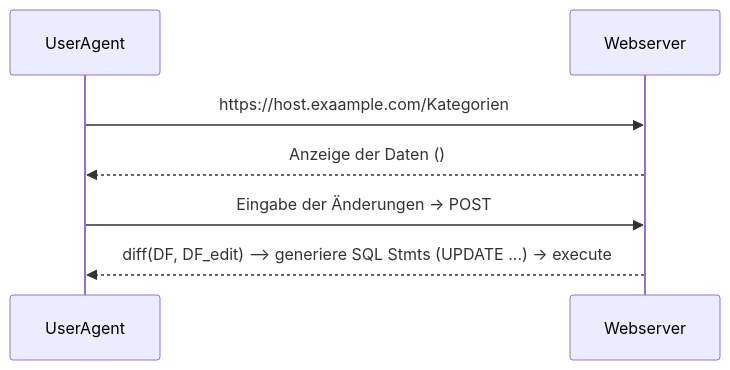
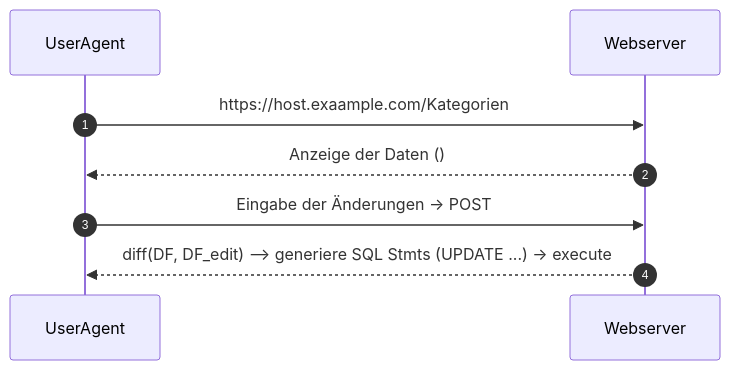
One commit to nevsglueckauf/2doList changed the diagram in doq/mytest.md. Above: the diagram before and after it, drawn with Mermaid. The commit also changed other lines of this file, not shown here.

Commit message:
Dokumentation / Test Sequenzsdiagrammanzeige

````diff
--- a/doq/mytest.md
+++ b/doq/mytest.md
@@ -7,7 +3,8 @@
 ```mermaid
 sequenceDiagram
+    autonumber
     UserAgent->>Webserver: https://host.exaample.com/Kategorien
     Webserver-->>UserAgent:  Anzeige der Daten () 
     UserAgent->>Webserver: Eingabe der Änderungen -> POST
     Webserver-->>UserAgent:  diff(DF, DF_edit) --> generiere SQL Stmts (UPDATE ...) -> execute  
 ```
````
